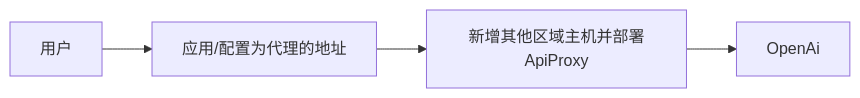
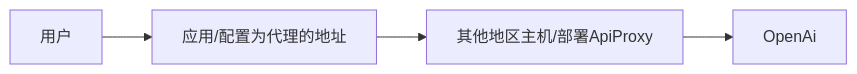
Before and after one commit to hunkjun/chatgpt-api-proxy: the diagram in README.md, drawn with Mermaid.

````diff
--- a/README.md
+++ b/README.md
@@ -17,7 +17,7 @@
 ```mermaid
 
 graph LR
 
-用户  --> 应用/配置为代理的地址 --> 新增其他区域主机并部署ApiProxy --> OpenAi 
+用户  --> 应用/配置为代理的地址 --> 其他地区主机/部署ApiProxy --> OpenAi 
 
 ```
````
